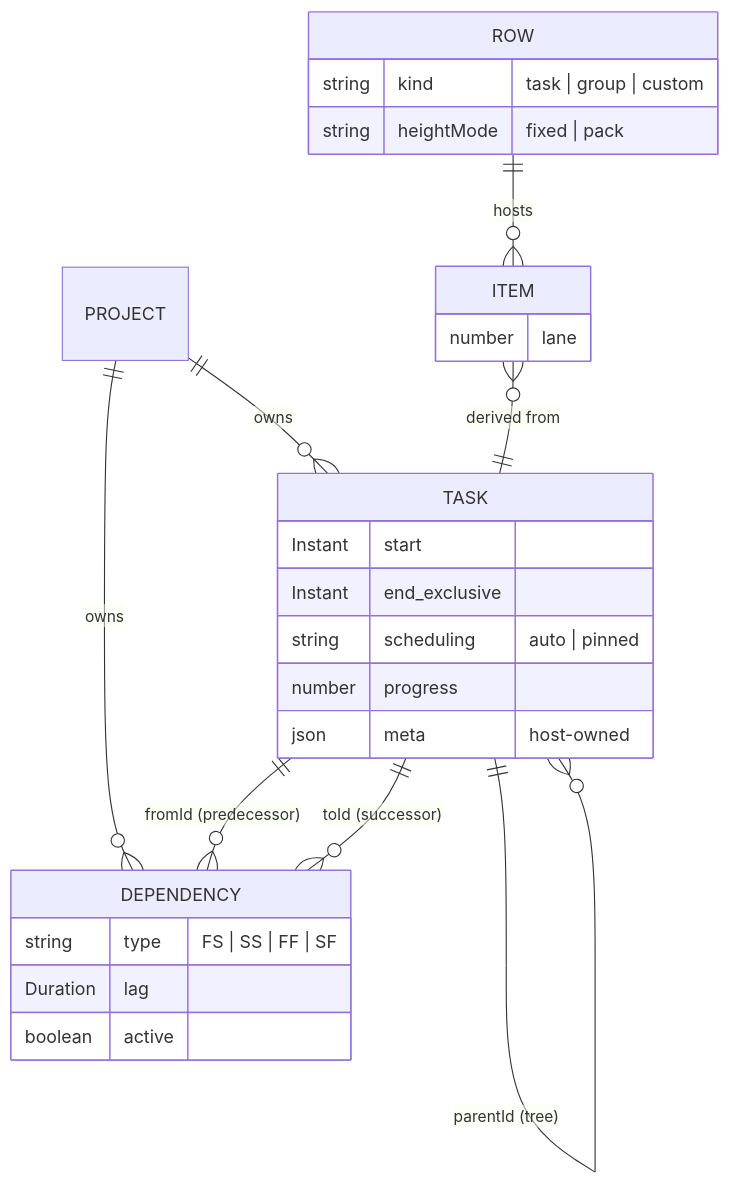
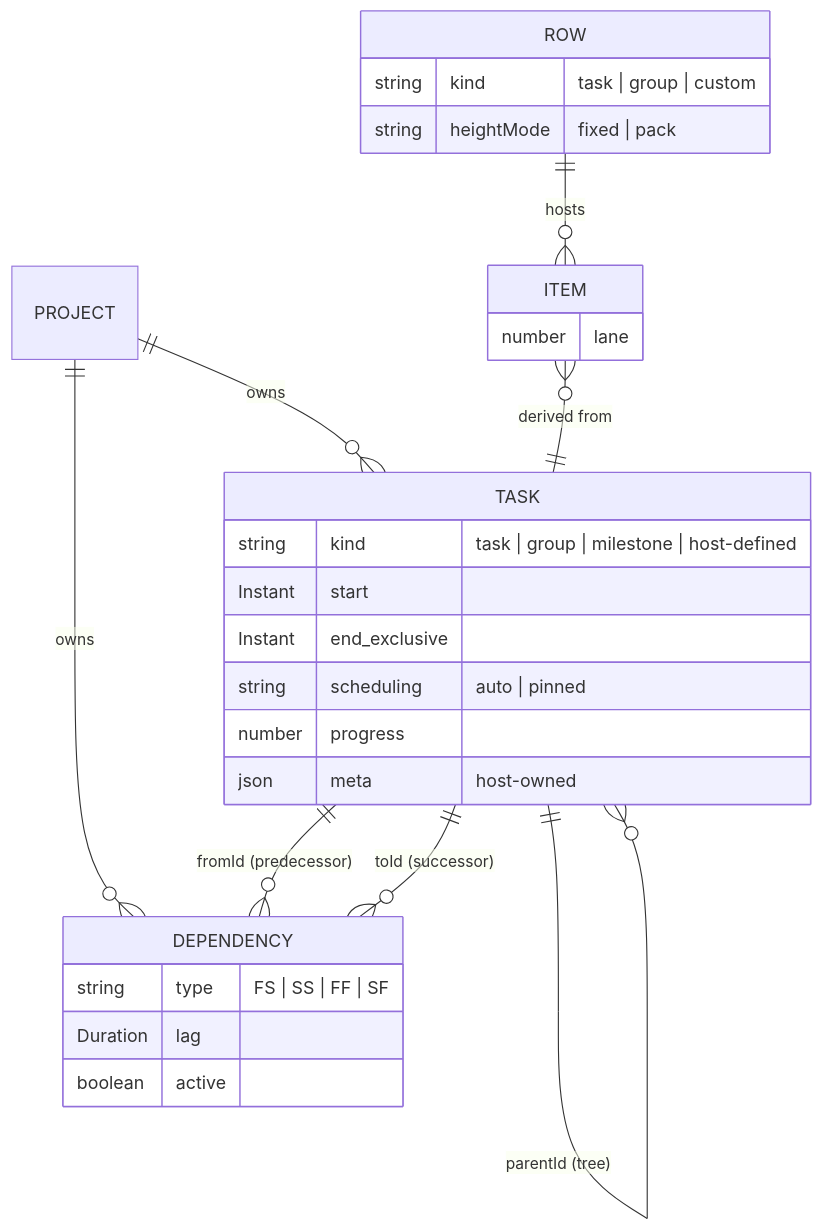
One commit to freegantt/freegantt changed the third of 6 diagrams in plans/01-domain-architecture.md. Above: the diagram before and after it, drawn with Mermaid. The commit also changed other lines of this file and 3 other files, not shown here.

````diff
--- a/plans/01-domain-architecture.md
+++ b/plans/01-domain-architecture.md
@@ -174,31 +182,32 @@
 ```mermaid
 erDiagram
   PROJECT ||--o{ TASK : owns
   PROJECT ||--o{ DEPENDENCY : owns
   TASK ||--o{ TASK : "parentId (tree)"
   TASK ||--o{ DEPENDENCY : "fromId (predecessor)"
   TASK ||--o{ DEPENDENCY : "toId (successor)"
 
   ROW ||--o{ ITEM : hosts
   ITEM }o--|| TASK : "derived from"
 
   TASK {
+    string kind "task | group | milestone | host-defined"
     Instant start
     Instant end_exclusive
     string scheduling "auto | pinned"
     number progress
     json meta "host-owned"
   }
   DEPENDENCY {
     string type "FS | SS | FF | SF"
     Duration lag
     boolean active
   }
   ROW {
     string kind "task | group | custom"
     string heightMode "fixed | pack"
   }
   ITEM {
     number lane
   }
 ```
````
